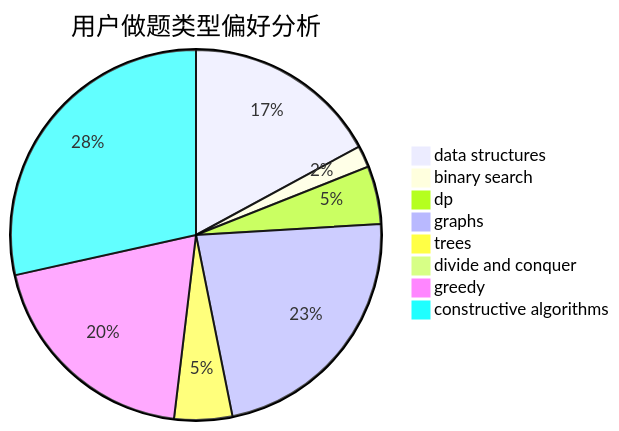
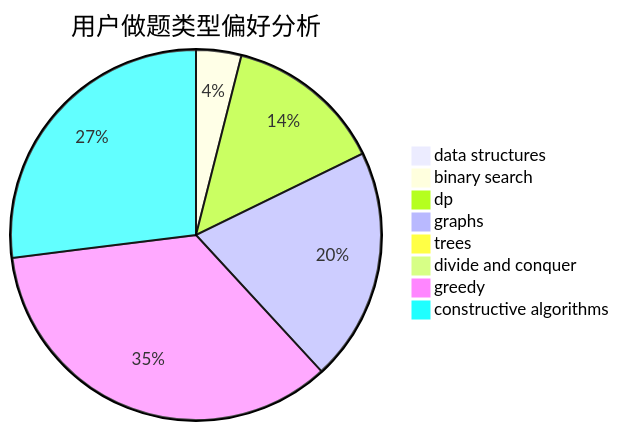
One commit to sherpahu/cfrs.github.io changed the second of 3 diagrams in docs/user/u1939.md. Above: the diagram before and after it, drawn with Mermaid. The commit also changed other lines of this file and 2770 other files, not shown here.

````diff
--- a/docs/user/u1939.md
+++ b/docs/user/u1939.md
@@ -23,11 +23,11 @@
 ```mermaid
 pie title 用户做题类型偏好分析
-    "data structures" :  27
-    "binary search" :  3
-    "dp" :  8
-    "graphs" :  36
-    "trees" :  8
+    "data structures" :  0
+    "binary search" :  6
+    "dp" :  21
+    "graphs" :  31
+    "trees" :  0
     "divide and conquer" :  0
-    "greedy" :  31
-    "constructive algorithms" :  45
+    "greedy" :  53
+    "constructive algorithms" :  41
 ```
````
